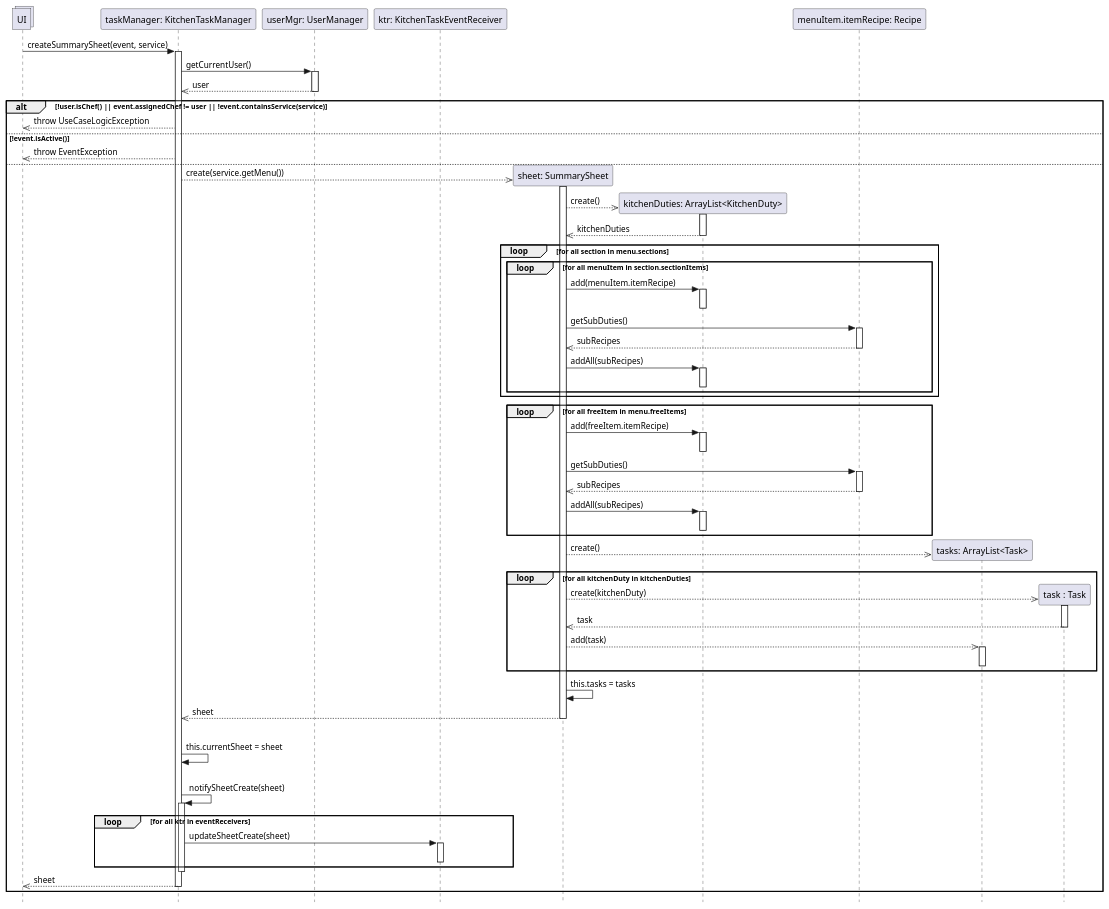
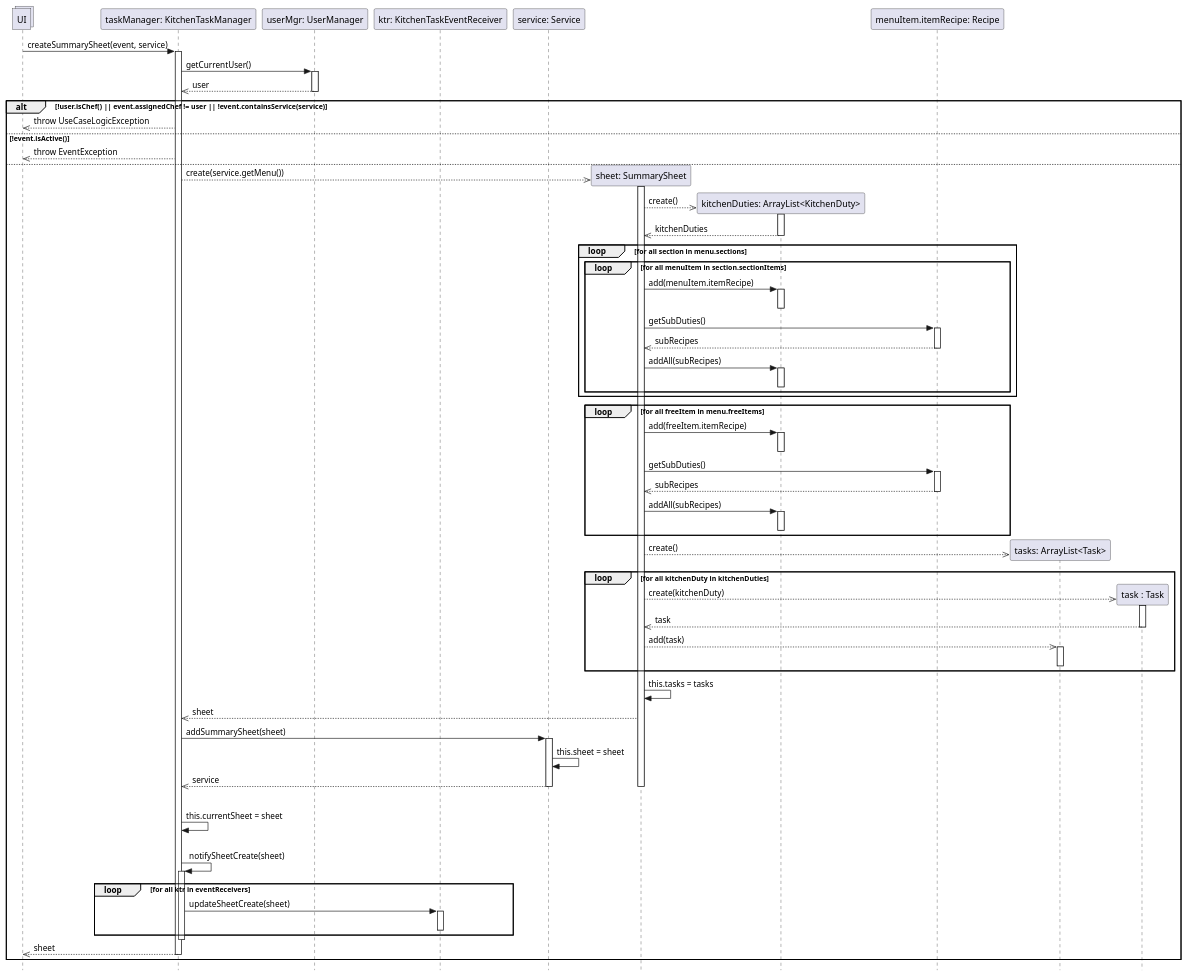
The diagram in UP/Progettazione/UC Gestire Compiti Cucina/DSD/DSD Operazione 1.puml (stefa168/sas-project), drawn with PlantUML before and after one commit. The commit also changed 3 other files, not shown here.

```diff
--- a/UP/Progettazione/UC Gestire Compiti Cucina/DSD/DSD Operazione 1.puml
+++ b/UP/Progettazione/UC Gestire Compiti Cucina/DSD/DSD Operazione 1.puml
@@ -1,103 +1,111 @@
 @startuml Operazione 1
 skinparam Style strictuml
 
 collections UI
 
 participant "taskManager: KitchenTaskManager" as tm
 UI -> tm: createSummarySheet(event, service)
 activate tm
 
 participant "userMgr: UserManager" as um
 participant "ktr: KitchenTaskEventReceiver" as ktr
+participant "service: Service" as service
 tm -> um: getCurrentUser()
 activate um
 tm <<-- um: user
 deactivate um
 
 alt !user.isChef() || event.assignedChef != user || !event.containsService(service)
     UI <<-- tm: throw UseCaseLogicException
 else !event.isActive()
     UI <<-- tm: throw EventException
 else
     participant "sheet: SummarySheet" as ss
     tm -->> ss **: create(service.getMenu())
     activate ss
 
     participant "kitchenDuties: ArrayList<KitchenDuty>" as kdList
     ss -->> kdList**: create()
     activate kdList
     return kitchenDuties
     deactivate kdList
     
     loop for all section in menu.sections
         loop for all menuItem in section.sectionItems
             ss -> kdList: add(menuItem.itemRecipe)
             activate kdList
             deactivate kdList
             
             participant "menuItem.itemRecipe: Recipe" as recipe
             ss -> recipe: getSubDuties()
             activate recipe
             ss <<-- recipe: subRecipes
             deactivate recipe
 
             ss -> kdList: addAll(subRecipes)
             activate kdList
             deactivate kdList
 
         end
     end
 
     loop for all freeItem in menu.freeItems
         ss -> kdList: add(freeItem.itemRecipe)
         activate kdList
         deactivate kdList
 
         participant "freeItem.itemRecipe: Recipe" as recipe
             ss -> recipe: getSubDuties()
             activate recipe
             ss <<-- recipe: subRecipes
             deactivate recipe
 
             ss -> kdList: addAll(subRecipes)
             activate kdList
             deactivate kdList
     end
 
     participant "tasks: ArrayList<Task>" as tasks
     ss -->> tasks**: create()
 
     loop for all kitchenDuty in kitchenDuties
         participant "task : Task" as t
         ss -->> t **: create(kitchenDuty)
         activate t
         ' ss <<-- t :task
         return task
         deactivate t
         ss -->>tasks: add(task)
         activate tasks
         deactivate tasks
     end
 
     ss -> ss: this.tasks = tasks
     tm <<-- ss: sheet
+
+    tm -> service: addSummarySheet(sheet)
+    activate service
+    service->service:this.sheet = sheet
+    tm <<-- service: service
+    deactivate service
+
     deactivate ss
     |||
     tm -> tm: this.currentSheet = sheet
     |||
     tm -> tm: notifySheetCreate(sheet)
     activate tm
     loop for all ktr in eventReceivers
         tm -> ktr : updateSheetCreate(sheet)
         activate ktr
         deactivate ktr
     end
     deactivate tm
 
 
     UI <<-- tm: sheet
     deactivate tm
     
 end
 
 @enduml
```
